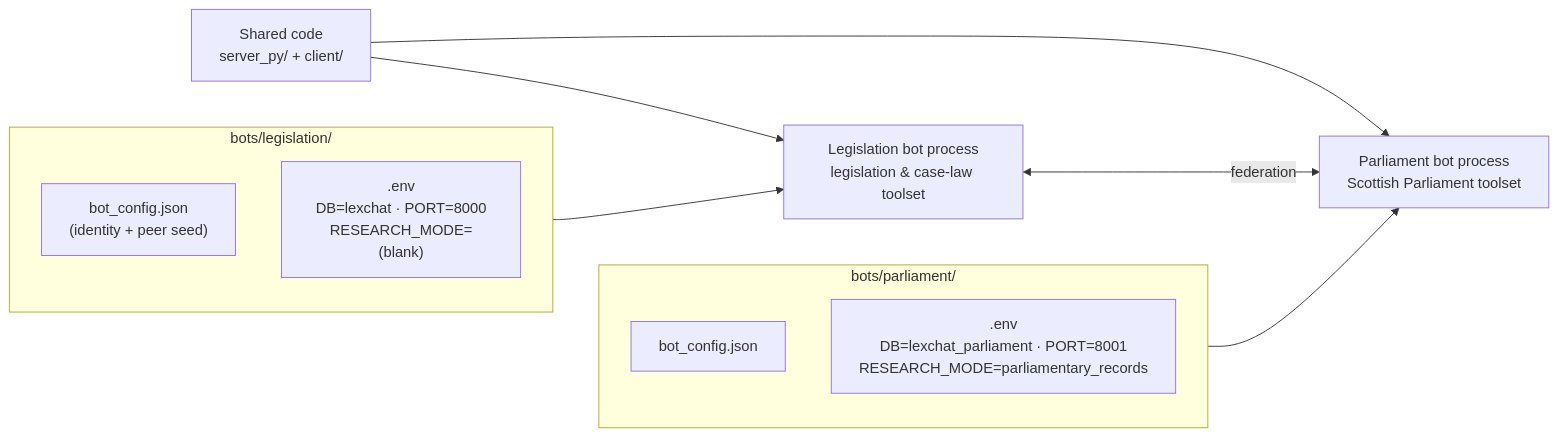
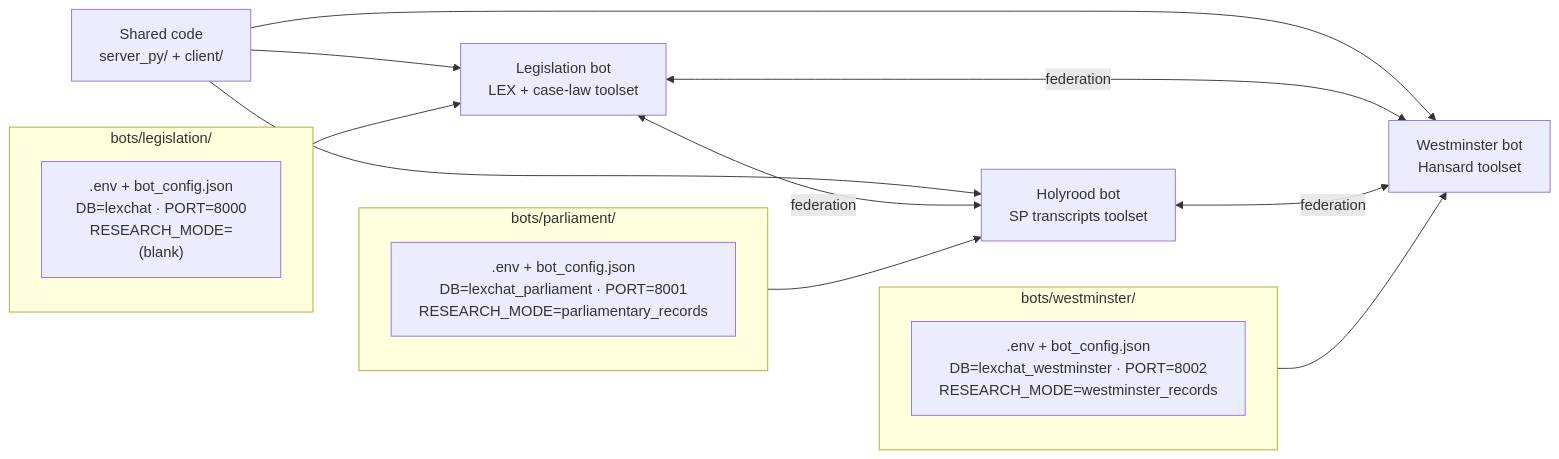
One commit to delphium226/LexChat changed the third of 14 diagrams in docs/ARCHITECTURE.md. Above: the diagram before and after it, drawn with Mermaid. The commit also changed other lines of this file and 2 other files, not shown here.

First line of the commit message:
@ docs: refresh README/ARCHITECTURE for the multi-bot fleet, add plain-English overview

````diff
--- a/docs/ARCHITECTURE.md
+++ b/docs/ARCHITECTURE.md
@@ -150,19 +201,24 @@
 ```mermaid
 graph LR
     code["Shared code<br/>server_py/ + client/"]
 
     subgraph cfgL["bots/legislation/"]
-        cL["bot_config.json<br/>(identity + peer seed)"]
-        eL[".env<br/>DB=lexchat · PORT=8000<br/>RESEARCH_MODE=(blank)"]
+        eL[".env + bot_config.json<br/>DB=lexchat · PORT=8000<br/>RESEARCH_MODE=(blank)"]
     end
     subgraph cfgP["bots/parliament/"]
-        cP["bot_config.json"]
-        eP[".env<br/>DB=lexchat_parliament · PORT=8001<br/>RESEARCH_MODE=parliamentary_records"]
+        eP[".env + bot_config.json<br/>DB=lexchat_parliament · PORT=8001<br/>RESEARCH_MODE=parliamentary_records"]
+    end
+    subgraph cfgW["bots/westminster/"]
+        eW[".env + bot_config.json<br/>DB=lexchat_westminster · PORT=8002<br/>RESEARCH_MODE=westminster_records"]
     end
 
-    code --> procL["Legislation bot process<br/>legislation & case-law toolset"]
-    code --> procP["Parliament bot process<br/>Scottish Parliament toolset"]
+    code --> procL["Legislation bot<br/>LEX + case-law toolset"]
+    code --> procP["Holyrood bot<br/>SP transcripts toolset"]
+    code --> procW["Westminster bot<br/>Hansard toolset"]
     cfgL --> procL
     cfgP --> procP
+    cfgW --> procW
     procL <-->|federation| procP
+    procL <-->|federation| procW
+    procP <-->|federation| procW
 ```
````
